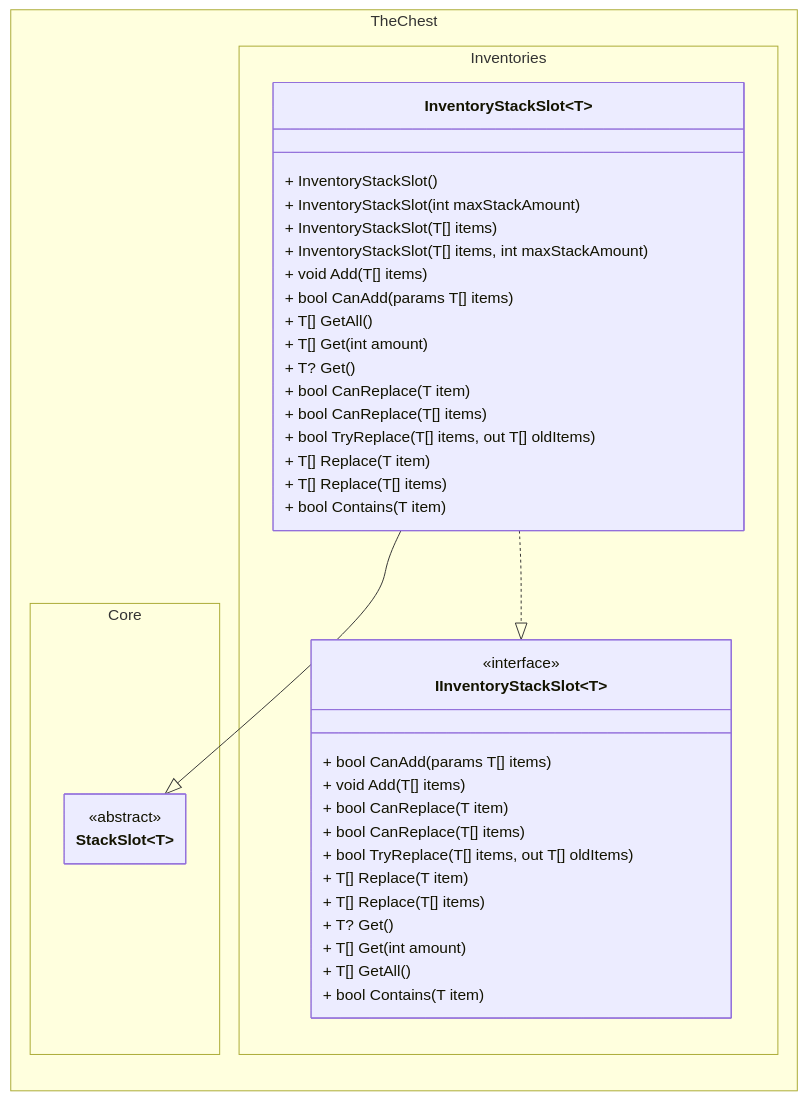
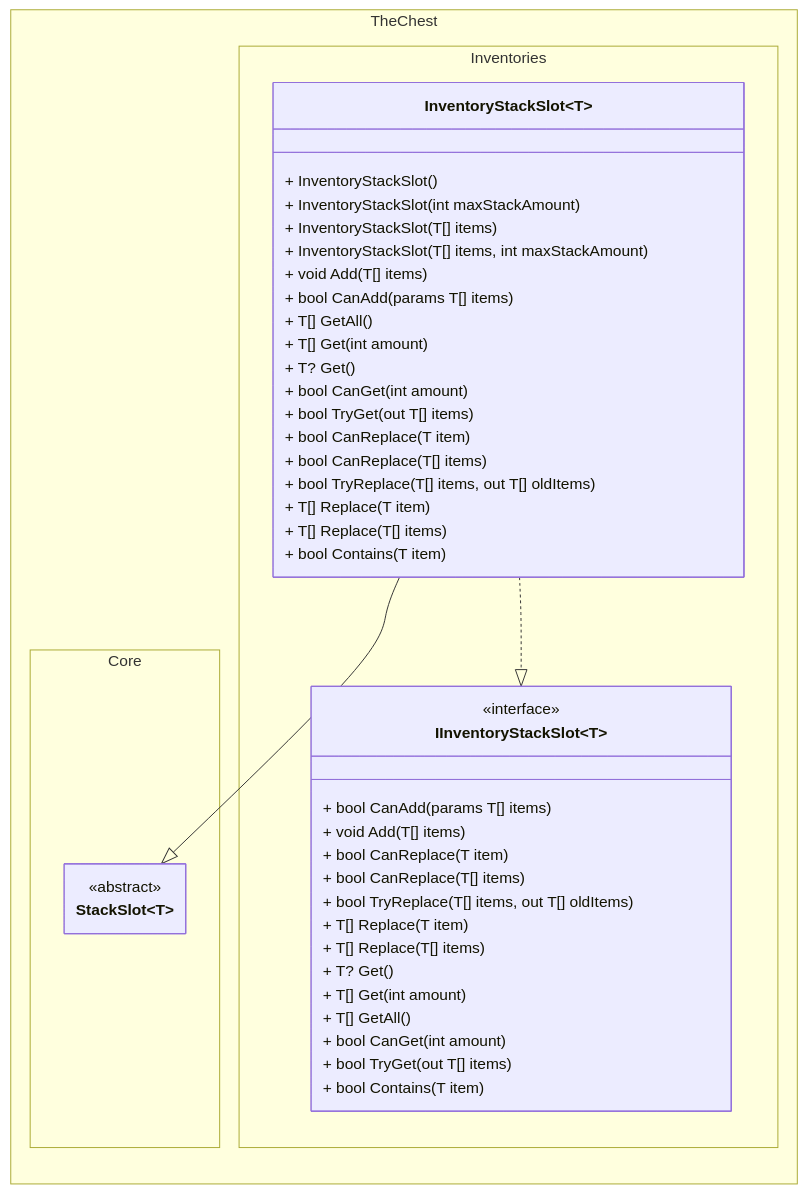
Before and after one commit to The-Chest/TheChest.Inventories: the second of 2 diagrams in docs/stack_inventory/class_diagram.md, drawn with Mermaid. The commit also changed other lines of this file and 11 other files, not shown here.

First line of the commit message:
Adds StackInventory TryGet and CanGet methods

````diff
--- a/docs/stack_inventory/class_diagram.md
+++ b/docs/stack_inventory/class_diagram.md
@@ -134,62 +142,66 @@
 ```mermaid
 ---
 config:
   theme: mc
   look: classic
   class:
     hideEmptyMembersBox: true
 ---
 classDiagram
 direction BT
 
 namespace TheChest.Core {
     class StackSlot~T~ {
     }
 }
 <<abstract>> StackSlot
 
 namespace TheChest.Inventories {
     class IInventoryStackSlot~T~ {
         + bool CanAdd(params T[] items)
         + void Add(T[] items)
 
         + bool CanReplace(T item)
         + bool CanReplace(T[] items)
         + bool TryReplace(T[] items, out T[] oldItems)
         + T[] Replace(T item)
         + T[] Replace(T[] items)
 
         + T? Get()
         + T[] Get(int amount)
         + T[] GetAll()
+        + bool CanGet(int amount)
+        + bool TryGet(out T[] items)
 
         + bool Contains(T item)
     }
 
     class InventoryStackSlot~T~ {
         + InventoryStackSlot()
         + InventoryStackSlot(int maxStackAmount)
         + InventoryStackSlot(T[] items)
         + InventoryStackSlot(T[] items, int maxStackAmount)
         
         + void Add(T[] items)
         + bool CanAdd(params T[] items)
         
         + T[] GetAll()
         + T[] Get(int amount)
         + T? Get()
+        + bool CanGet(int amount)
+        + bool TryGet(out T[] items)
         
         + bool CanReplace(T item)
         + bool CanReplace(T[] items)
         + bool TryReplace(T[] items, out T[] oldItems)
         + T[] Replace(T item)
         + T[] Replace(T[] items)
         
         + bool Contains(T item)
     }
 }
 
 <<interface>> IInventoryStackSlot
 InventoryStackSlot~T~ --|>  StackSlot~T~
 InventoryStackSlot~T~ ..|> IInventoryStackSlot~T~ 
 ```
````
